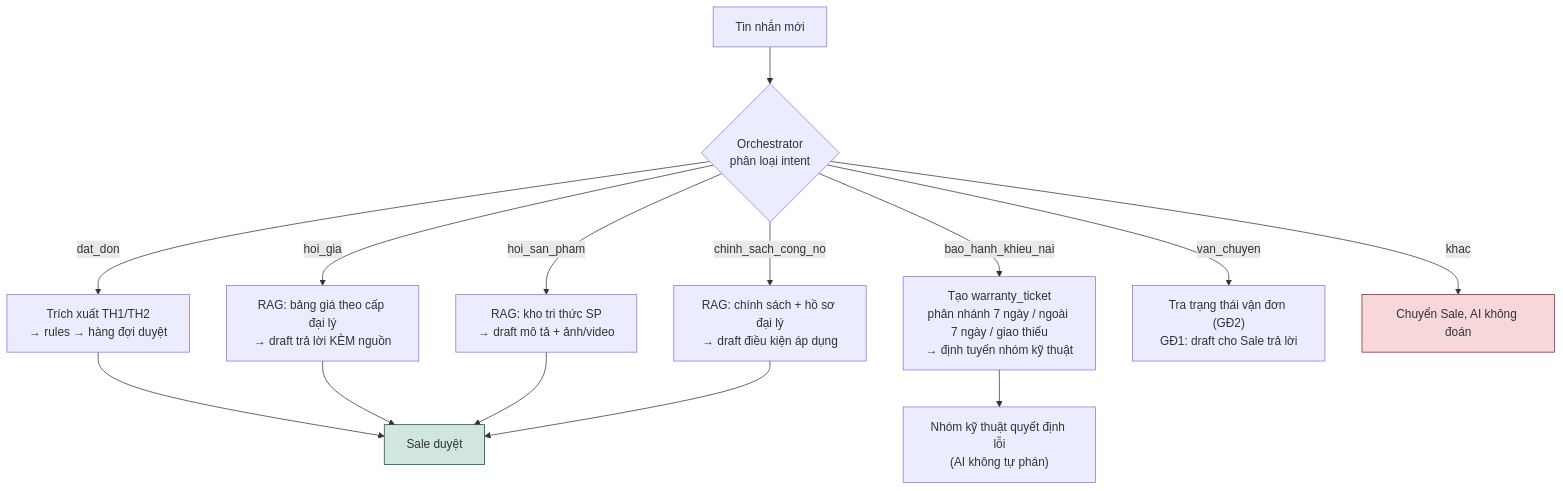
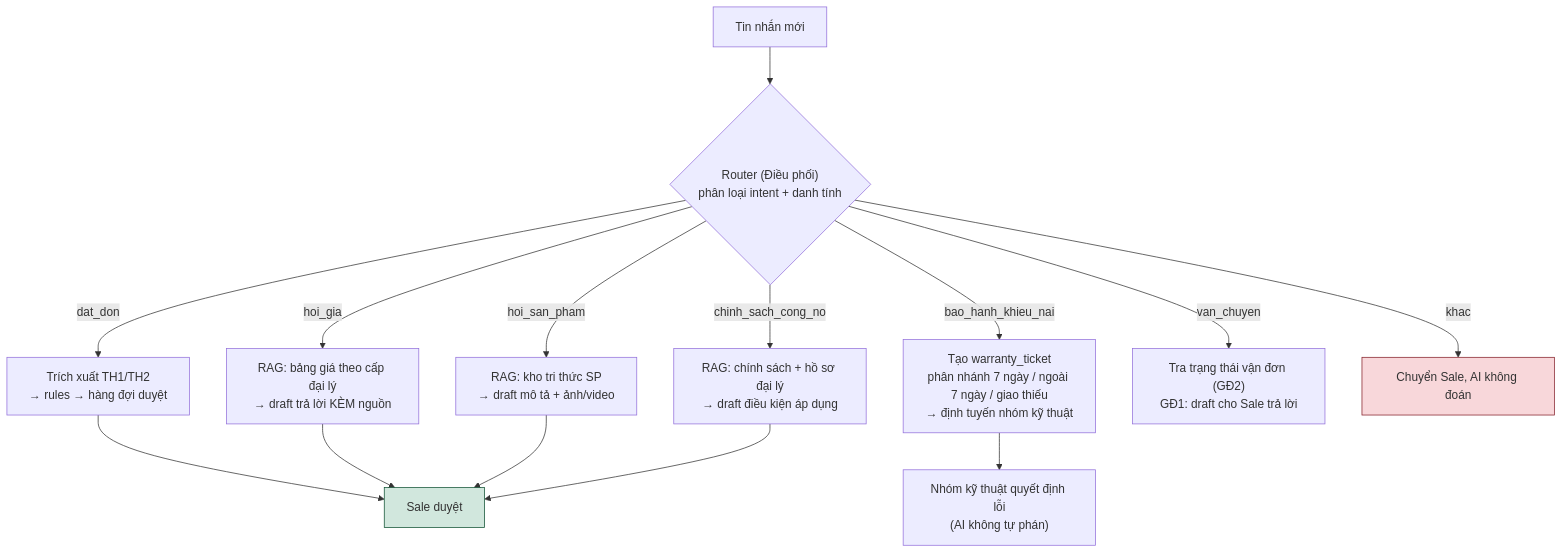
One commit to phungtienviet14-sketch/nexagnet-platform changed the fifth of 8 diagrams in docs/so-do-he-thong.md. Above: the diagram before and after it, drawn with Mermaid. The commit also changed other lines of this file and 51 other files, not shown here.

````diff
--- a/docs/so-do-he-thong.md
+++ b/docs/so-do-he-thong.md
@@ -162,21 +162,21 @@
 ```mermaid
 flowchart TD
-    MSG["Tin nhắn mới"] --> INT{"Orchestrator<br/>phân loại intent"}
+    MSG["Tin nhắn mới"] --> INT{"Router (Điều phối)<br/>phân loại intent + danh tính"}
 
     INT -->|dat_don| EX["Trích xuất TH1/TH2<br/>→ rules → hàng đợi duyệt"]
     INT -->|hoi_gia| RAG1["RAG: bảng giá theo cấp đại lý<br/>→ draft trả lời KÈM nguồn"]
     INT -->|hoi_san_pham| RAG2["RAG: kho tri thức SP<br/>→ draft mô tả + ảnh/video"]
     INT -->|chinh_sach_cong_no| RAG3["RAG: chính sách + hồ sơ đại lý<br/>→ draft điều kiện áp dụng"]
     INT -->|bao_hanh_khieu_nai| WAR["Tạo warranty_ticket<br/>phân nhánh 7 ngày / ngoài 7 ngày / giao thiếu<br/>→ định tuyến nhóm kỹ thuật"]
     INT -->|van_chuyen| SHIP2["Tra trạng thái vận đơn (GĐ2)<br/>GĐ1: draft cho Sale trả lời"]
     INT -->|khac| HUMAN["Chuyển Sale, AI không đoán"]
 
     EX --> SALE2["Sale duyệt"]
     RAG1 --> SALE2
     RAG2 --> SALE2
     RAG3 --> SALE2
     WAR --> TECH["Nhóm kỹ thuật quyết định lỗi<br/>(AI không tự phán)"]
 
     style HUMAN fill:#f8d7da,stroke:#842029
     style SALE2 fill:#d1e7dd,stroke:#0f5132
 ```
````
